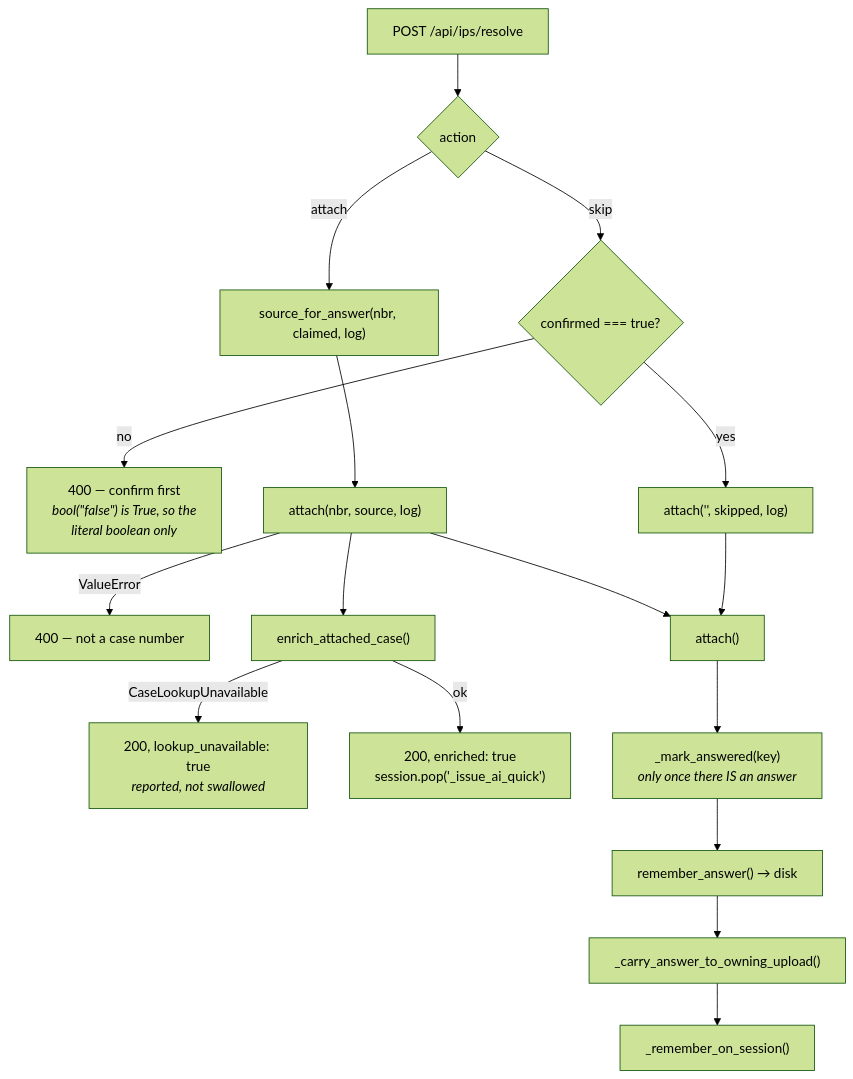
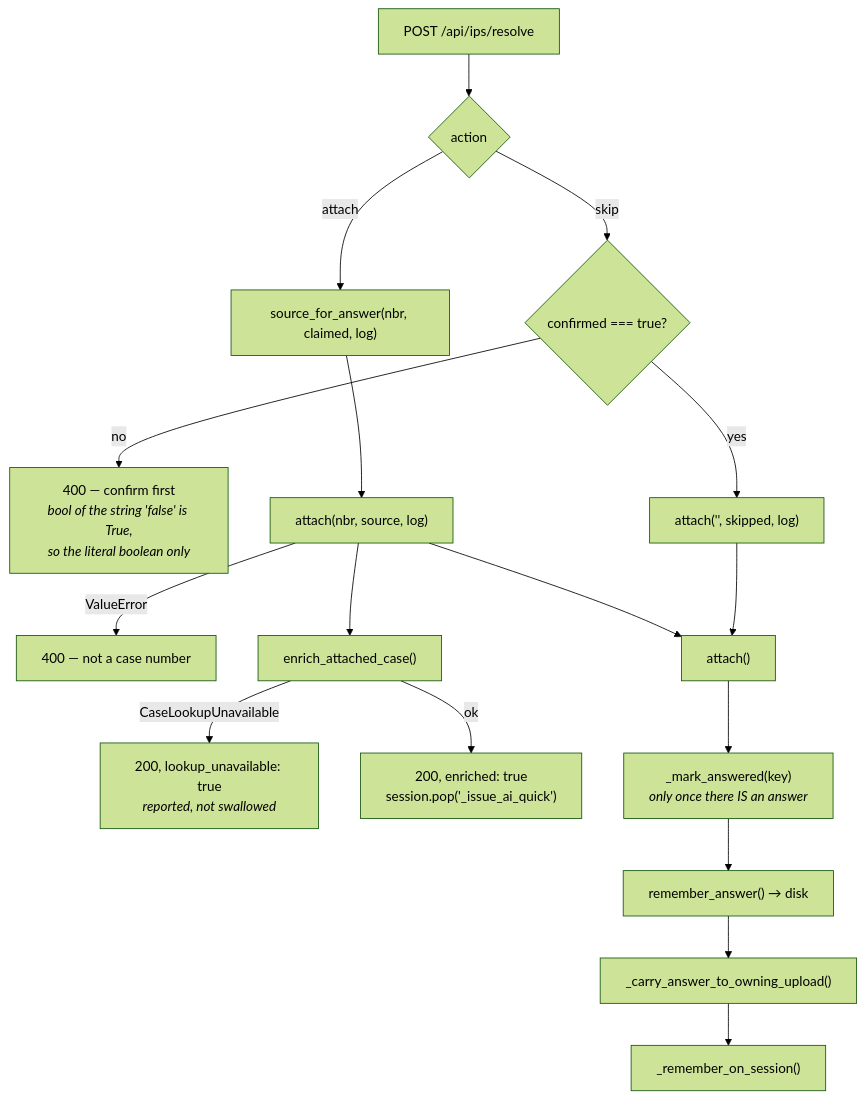
One commit to kj-fang/wireless_ce_avatar changed the fifth of 6 diagrams in IPS_CASE_NUMBER_FLOW.md. Above: the diagram before and after it, drawn with Mermaid (forest theme). The commit also changed other lines of this file, not shown here.

First line of the commit message:
docs(ips): keep HTML entities out of the mermaid labels

````diff
--- a/IPS_CASE_NUMBER_FLOW.md
+++ b/IPS_CASE_NUMBER_FLOW.md
@@ -257,20 +257,20 @@
 ```mermaid
 flowchart TD
     R["POST /api/ips/resolve"] --> A{"action"}
     A -->|"skip"| SK{"confirmed === true?"}
-    SK -->|"no"| SK1["400 — confirm first<br/><i>bool(&quot;false&quot;) is True, so the<br/>literal boolean only</i>"]
+    SK -->|"no"| SK1["400 — confirm first<br/><i>bool of the string 'false' is True,<br/>so the literal boolean only</i>"]
     SK -->|"yes"| SK2["attach('', skipped, log)"]
     A -->|"attach"| AT["source_for_answer(nbr, claimed, log)"]
     AT --> AT2["attach(nbr, source, log)"]
     AT2 -->|"ValueError"| AT3["400 — not a case number"]
     AT2 --> AT4["enrich_attached_case()"]
     AT4 -->|"CaseLookupUnavailable"| AT5["200, lookup_unavailable: true<br/><i>reported, not swallowed</i>"]
     AT4 -->|"ok"| AT6["200, enriched: true<br/>session.pop('_issue_ai_quick')"]
 
     SK2 --> W["attach()"]
     AT2 --> W
     W --> W1["_mark_answered(key)<br/><i>only once there IS an answer</i>"]
     W1 --> W2["remember_answer() → disk"]
     W2 --> W3["_carry_answer_to_owning_upload()"]
     W3 --> W4["_remember_on_session()"]
 ```
````
